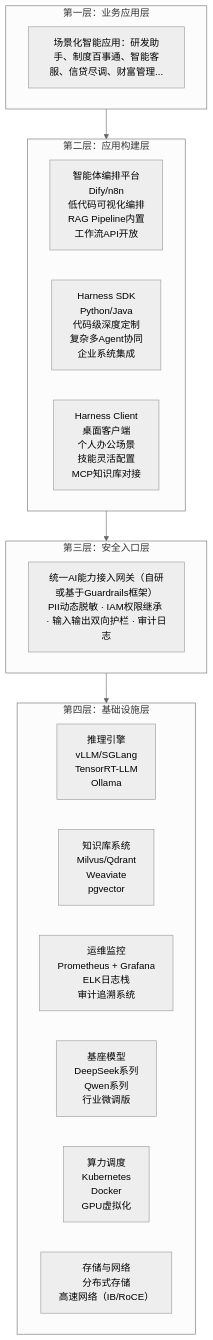
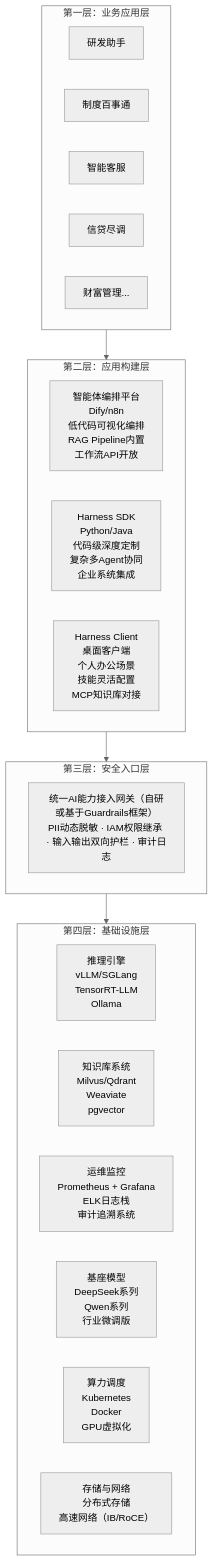
The second of 34 diagrams in 1. 银行大模型本地化落地与AI转型全景规划书.md (wonglaitung/splan), drawn with Mermaid (neutral theme) before and after one commit. The commit also changed 1 other file, not shown here.

Commit message:
docs: 四层架构图各层并列组件改为横向排列
业务应用层拆分为独立应用节点，各层 subgraph 加 direction LR，
使无先后次序的并列组件从左向右排列，而非纵向堆叠。

````diff
--- a/1. 银行大模型本地化落地与AI转型全景规划书.md
+++ b/1. 银行大模型本地化落地与AI转型全景规划书.md
@@ -110,23 +110,30 @@
 ```mermaid
 flowchart TB
     subgraph L1["第一层：业务应用层"]
-        A["场景化智能应用：研发助手、制度百事通、智能客服、信贷尽调、财富管理..."]
+        direction LR
+        A1["研发助手"]
+        A2["制度百事通"]
+        A3["智能客服"]
+        A4["信贷尽调"]
+        A5["财富管理..."]
     end
     subgraph L2["第二层：应用构建层"]
+        direction LR
         B1["智能体编排平台<br/>Dify/n8n<br/>低代码可视化编排<br/>RAG Pipeline内置<br/>工作流API开放"]
         B2["Harness SDK<br/>Python/Java<br/>代码级深度定制<br/>复杂多Agent协同<br/>企业系统集成"]
         B3["Harness Client<br/>桌面客户端<br/>个人办公场景<br/>技能灵活配置<br/>MCP知识库对接"]
     end
     subgraph L3["第三层：安全入口层"]
         C["统一AI能力接入网关（自研或基于Guardrails框架）<br/>PII动态脱敏 · IAM权限继承 · 输入输出双向护栏 · 审计日志"]
     end
     subgraph L4["第四层：基础设施层"]
+        direction LR
         D1["推理引擎<br/>vLLM/SGLang<br/>TensorRT-LLM<br/>Ollama"]
         D2["知识库系统<br/>Milvus/Qdrant<br/>Weaviate<br/>pgvector"]
         D3["运维监控<br/>Prometheus + Grafana<br/>ELK日志栈<br/>审计追溯系统"]
         D4["基座模型<br/>DeepSeek系列<br/>Qwen系列<br/>行业微调版"]
         D5["算力调度<br/>Kubernetes<br/>Docker<br/>GPU虚拟化"]
         D6["存储与网络<br/>分布式存储<br/>高速网络（IB/RoCE）"]
     end
     L1 --> L2 --> L3 --> L4
 ```
````
